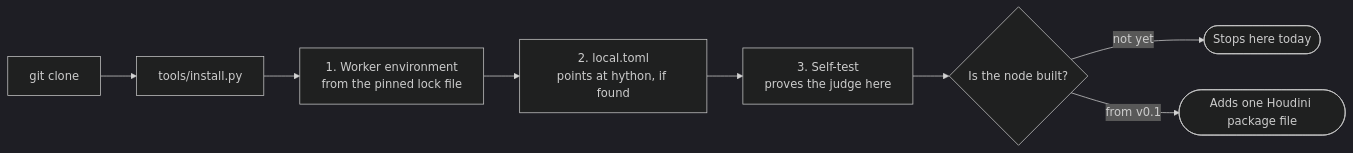
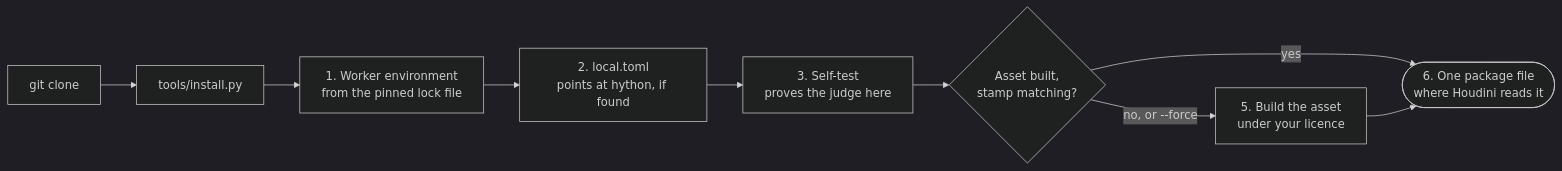
The fifth of 5 diagrams in README.md (JosephOIbrahim/CVCOPS), drawn with Mermaid (dark theme) before and after one commit. The commit also changed other lines of this file and 1 other file, not shown here.

````diff
--- a/README.md
+++ b/README.md
@@ -182,10 +180,11 @@
 ```mermaid
 flowchart LR
   A["git clone"] --> B["tools/install.py"]
   B --> C["1. Worker environment<br/>from the pinned lock file"]
   C --> D["2. local.toml<br/>points at hython, if found"]
   D --> E["3. Self-test<br/>proves the judge here"]
-  E --> F{"Is the node built?"}
-  F -- "not yet" --> G(["Stops here today"])
-  F -- "from v0.1" --> H(["Adds one Houdini package file"])
+  E --> F{"Asset built,<br/>stamp matching?"}
+  F -- "yes" --> H(["6. One package file<br/>where Houdini reads it"])
+  F -- "no, or --force" --> G["5. Build the asset<br/>under your licence"]
+  G --> H
 ```
````
